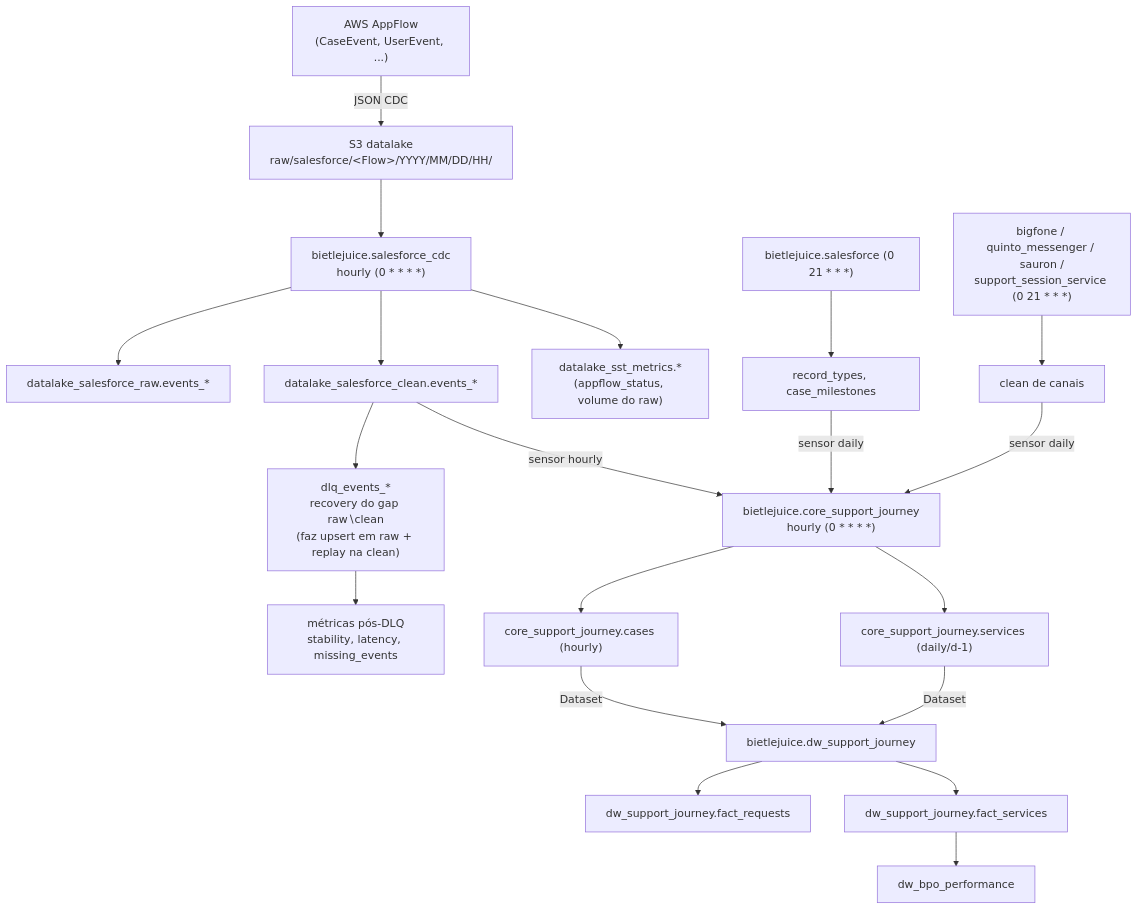
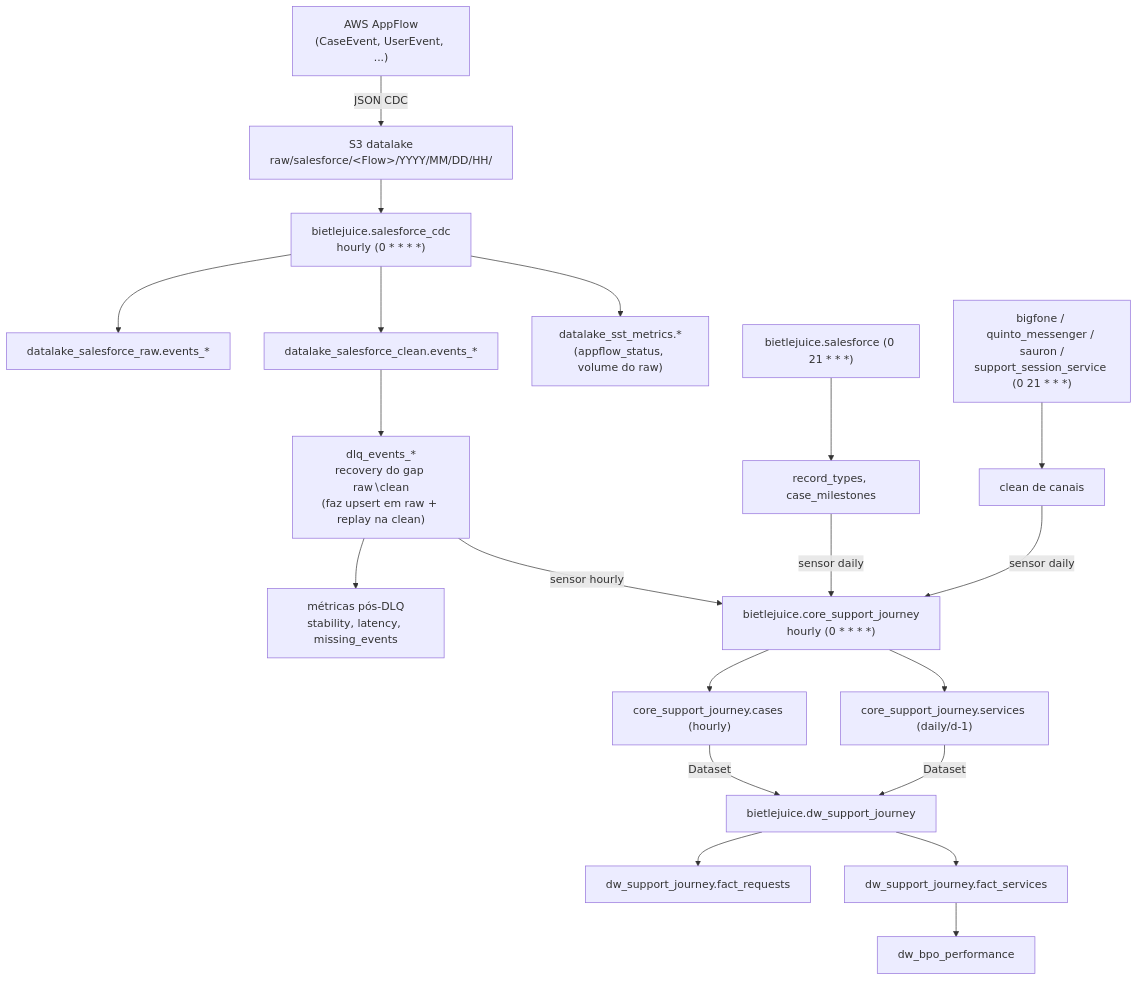
Before and after one commit to joseotaviorf/oh-my-pi: the diagram in docs/runbooks/support_journey_pipeline_runbook.md, drawn with Mermaid. The commit also changed other lines of this file and 4 other files, not shown here.

First line of the commit message:
feat(core_support_journey): gate the Case sensor on dlq_events_case (#28222)

````diff
--- a/docs/runbooks/support_journey_pipeline_runbook.md
+++ b/docs/runbooks/support_journey_pipeline_runbook.md
@@ -65,26 +65,26 @@
 ```mermaid
 flowchart TD
   AF["AWS AppFlow<br/>(CaseEvent, UserEvent, ...)"] -->|JSON CDC| S3["S3 datalake<br/>raw/salesforce/&lt;Flow&gt;/YYYY/MM/DD/HH/"]
   S3 --> CDC["bietlejuice.salesforce_cdc<br/>hourly (0 * * * *)"]
   CDC --> RAW["datalake_salesforce_raw.events_*"]
   CDC --> CLEAN["datalake_salesforce_clean.events_*"]
   CLEAN --> DLQ["dlq_events_*<br/>recovery do gap raw∖clean<br/>(faz upsert em raw + replay na clean)"]
   CDC --> MET["datalake_sst_metrics.*<br/>(appflow_status, volume do raw)"]
   DLQ --> MISS["métricas pós-DLQ<br/>stability, latency, missing_events"]
 
   SF["bietlejuice.salesforce (0 21 * * *)"] --> SFCLN["record_types, case_milestones"]
   CH["bigfone / quinto_messenger / sauron /<br/>support_session_service (0 21 * * *)"] --> CHCLN["clean de canais"]
 
-  CLEAN -->|sensor hourly| CORE["bietlejuice.core_support_journey<br/>hourly (0 * * * *)"]
+  DLQ -->|sensor hourly| CORE["bietlejuice.core_support_journey<br/>hourly (0 * * * *)"]
   SFCLN -->|sensor daily| CORE
   CHCLN -->|sensor daily| CORE
 
   CORE --> CASES["core_support_journey.cases (hourly)"]
   CORE --> SVCS["core_support_journey.services (daily/d-1)"]
 
   CASES -->|Dataset| DW["bietlejuice.dw_support_journey"]
   SVCS -->|Dataset| DW
   DW --> FR["dw_support_journey.fact_requests"]
   DW --> FS["dw_support_journey.fact_services"]
   FS --> BPO["dw_bpo_performance"]
 ```
````
